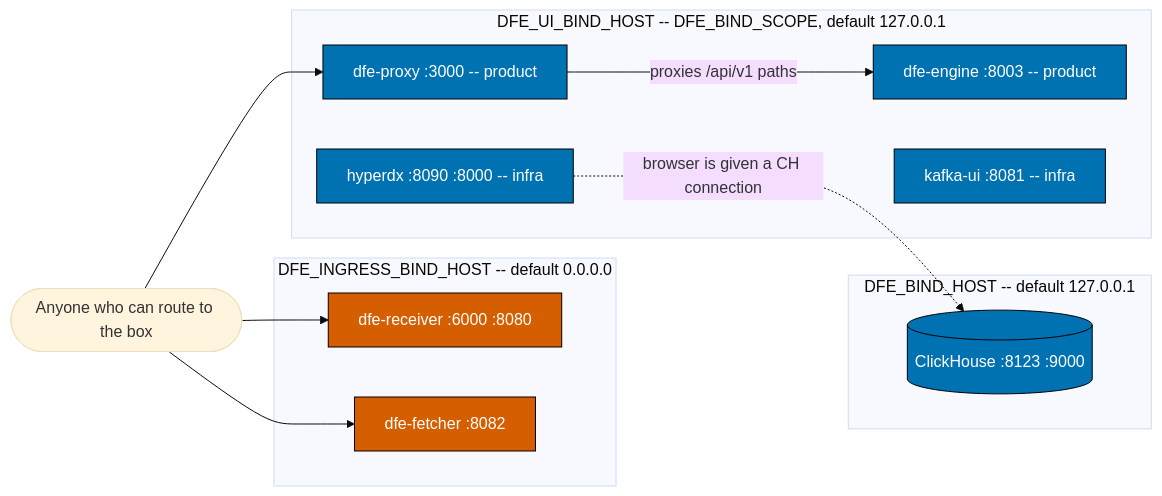
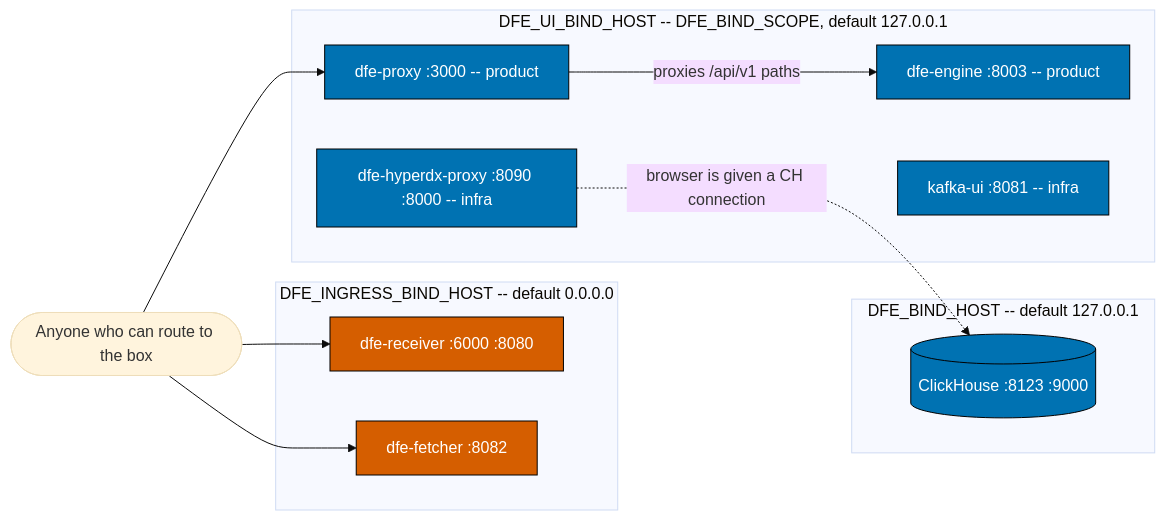
The diagram in docs/operating.md (hyperi-io/dfe-docker), drawn with Mermaid (base theme) before and after one commit. The commit also changed other lines of this file and 15 other files, not shown here.

````diff
--- a/docs/operating.md
+++ b/docs/operating.md
@@ -59,31 +59,31 @@
 ```mermaid
 flowchart LR
     user(["Anyone who can route to the box"])
 
     subgraph ingress["DFE_INGRESS_BIND_HOST -- default 0.0.0.0"]
         recv["dfe-receiver :6000 :8080"]
         fetch["dfe-fetcher :8082"]
     end
 
     subgraph uis["DFE_UI_BIND_HOST -- DFE_BIND_SCOPE, default 127.0.0.1"]
         proxy["dfe-proxy :3000 -- product"]
         engine["dfe-engine :8003 -- product"]
         kafbat["kafka-ui :8081 -- infra"]
-        hdx["hyperdx :8090 :8000 -- infra"]
+        hdx["dfe-hyperdx-proxy :8090 :8000 -- infra"]
     end
 
     subgraph operator["DFE_BIND_HOST -- default 127.0.0.1"]
         ch[(ClickHouse :8123 :9000)]
     end
 
     user --> recv
     user --> fetch
     user --> proxy
     proxy -->|proxies /api/v1 paths| engine
     hdx -.->|browser is given a CH connection| ch
 
     classDef open fill:#D55E00,color:#ffffff,stroke:#000000
     classDef loop fill:#0072B2,color:#ffffff,stroke:#000000
     class recv,fetch open
     class proxy,engine,kafbat,hdx,ch loop
 ```
````
